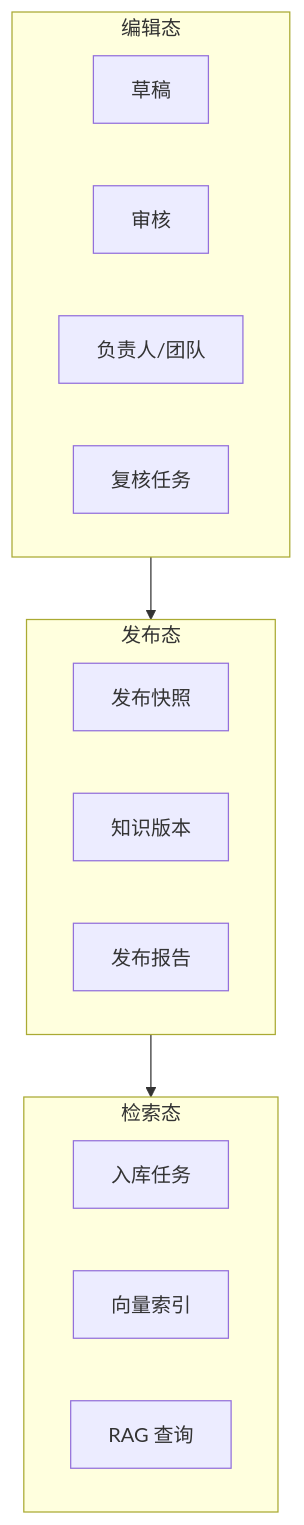
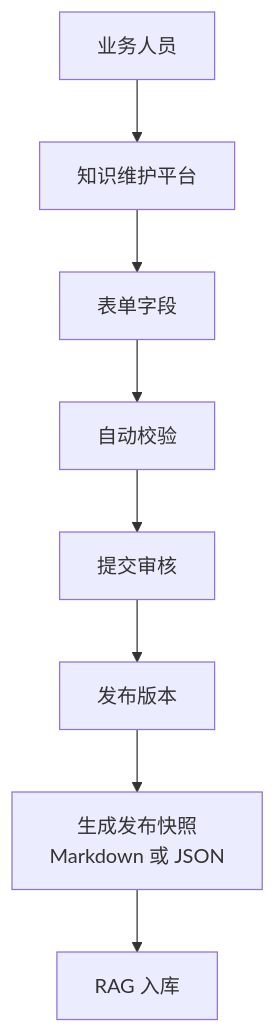
Diagram 12 of 25 in docs/rag_service_design_report_v1.0.md (YYHRICH/dalizai-knowledge-rag-service), drawn with Mermaid before and after one commit. The commit also changed other lines of this file, not shown here.

Commit message:
Refocus RAG design on knowledge governance

````diff
--- a/docs/rag_service_design_report_v1.0.md
+++ b/docs/rag_service_design_report_v1.0.md
@@ -358,23 +451,10 @@
 ```mermaid
 flowchart TB
-    subgraph 编辑态
-        Draft[草稿]
-        Review[审核]
-        Owner[负责人/团队]
-        Task[复核任务]
-    end
-
-    subgraph 发布态
-        Snapshot[发布快照]
-        Version[知识版本]
-        Report[发布报告]
-    end
-
-    subgraph 检索态
-        Ingest[入库任务]
-        Vector[向量索引]
-        RAG[RAG 查询]
-    end
-
-    编辑态 --> 发布态 --> 检索态
+    Biz[业务人员] --> Web[知识维护平台]
+    Web --> Form[表单字段]
+    Form --> Validate[自动校验]
+    Validate --> Review[提交审核]
+    Review --> Publish[发布版本]
+    Publish --> Snapshot[生成发布快照<br/>Markdown 或 JSON]
+    Snapshot --> Ingest[RAG 入库]
 ```
````
